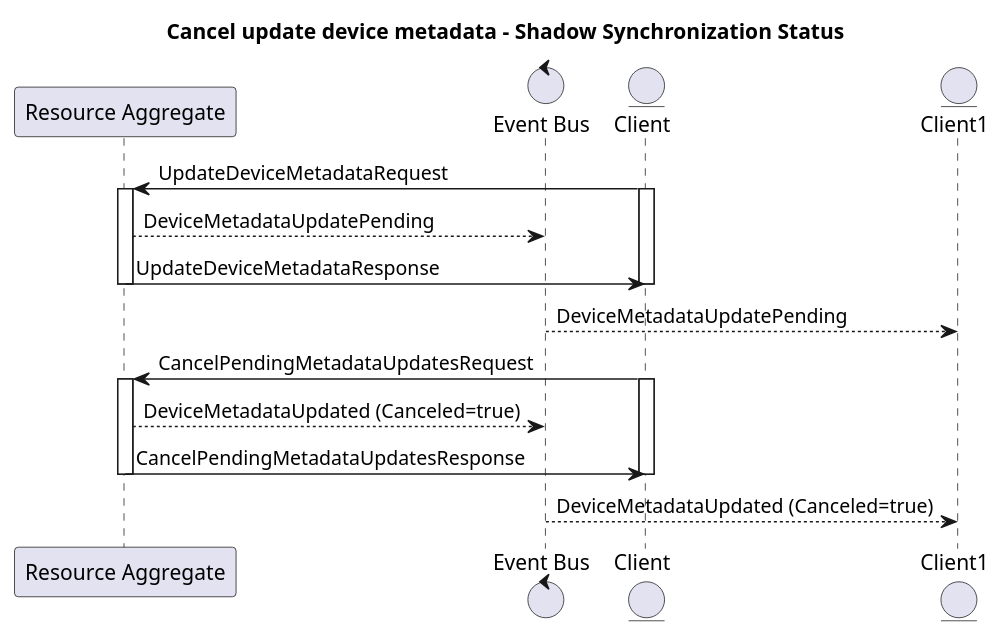
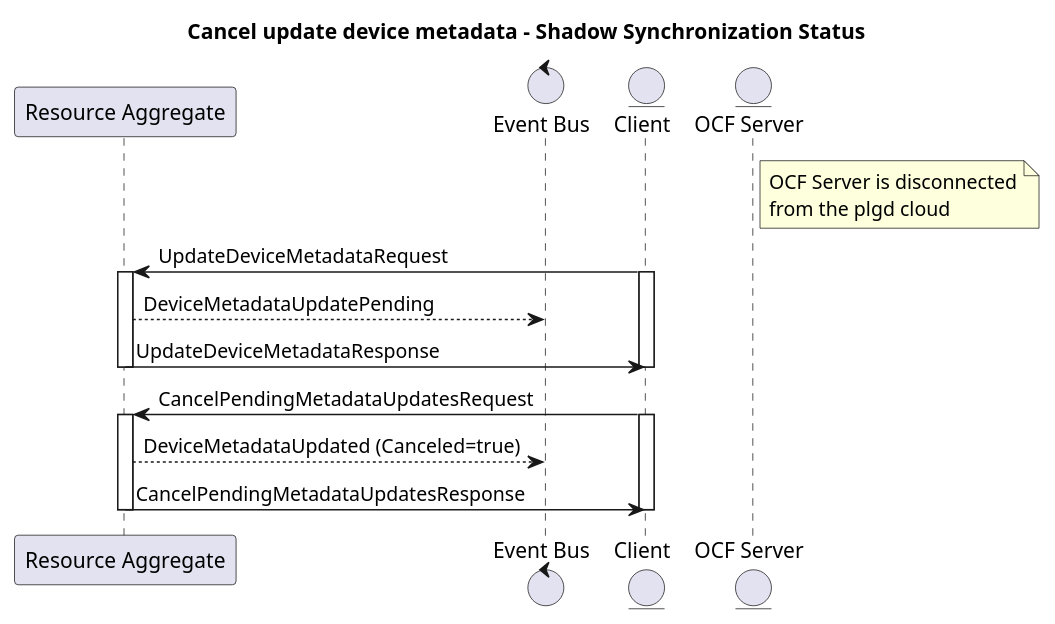
Before and after one commit to plgd-dev/hub: the tenth of 10 diagrams in resource-aggregate/.plantuml, drawn with PlantUML. The commit also changed other lines of this file and 2 other files, not shown here.

```diff
--- a/resource-aggregate/.plantuml
+++ b/resource-aggregate/.plantuml
@@ -268,26 +271,29 @@
 @startuml
 title "Cancel update device metadata - Shadow Synchronization Status"
 
 participant "Resource Aggregate" as ResourceAggregate
 control "Event Bus" as Bus
 entity "Client" as Client
-entity "Client1" as Client1
+entity "OCF Server" as Server
+
+note right of Server
+    OCF Server is disconnected
+    from the plgd cloud
+end note
 
 Client -> ResourceAggregate : UpdateDeviceMetadataRequest
 activate Client
 activate ResourceAggregate
 ResourceAggregate --> Bus : DeviceMetadataUpdatePending
 ResourceAggregate -> Client : UpdateDeviceMetadataResponse
 deactivate ResourceAggregate
 deactivate Client
-Bus --> Client1 : DeviceMetadataUpdatePending
 
 Client -> ResourceAggregate : CancelPendingMetadataUpdatesRequest
 activate Client
 activate ResourceAggregate
 ResourceAggregate --> Bus : DeviceMetadataUpdated (Canceled=true)
 ResourceAggregate -> Client : CancelPendingMetadataUpdatesResponse
 deactivate Client
 deactivate ResourceAggregate
-Bus --> Client1 : DeviceMetadataUpdated (Canceled=true)
 @enduml
```
